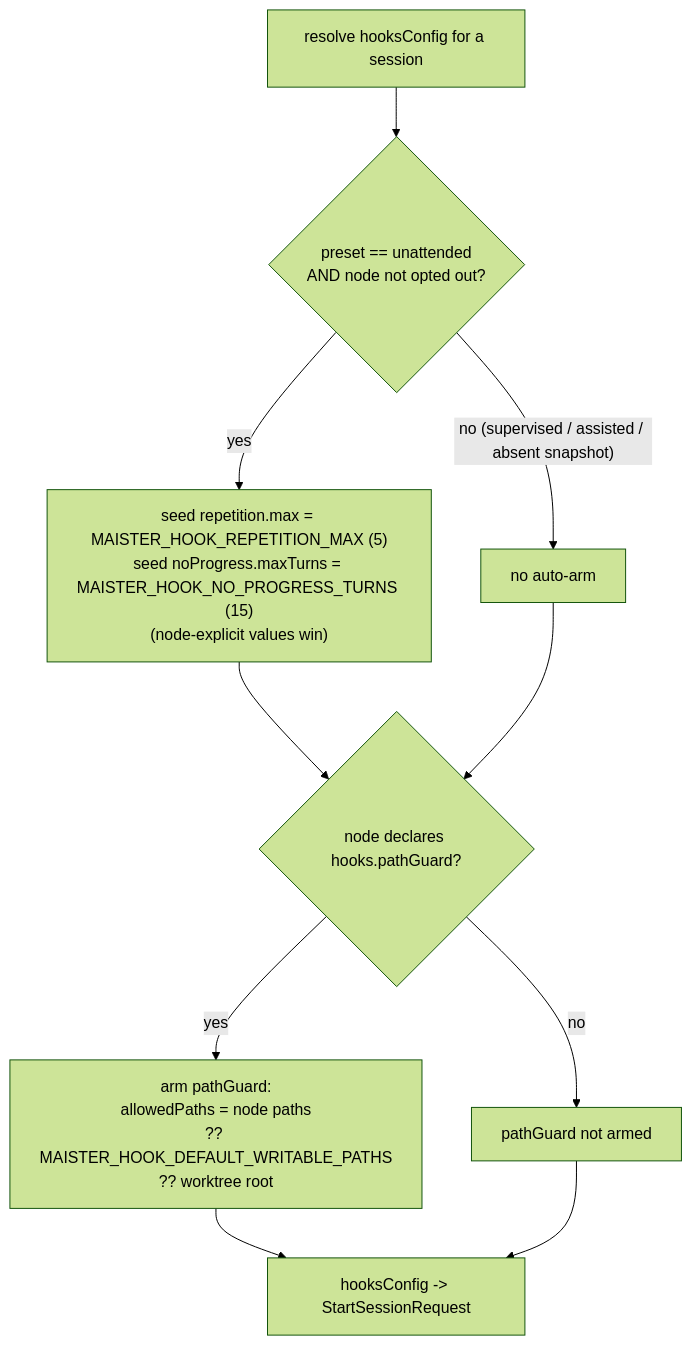
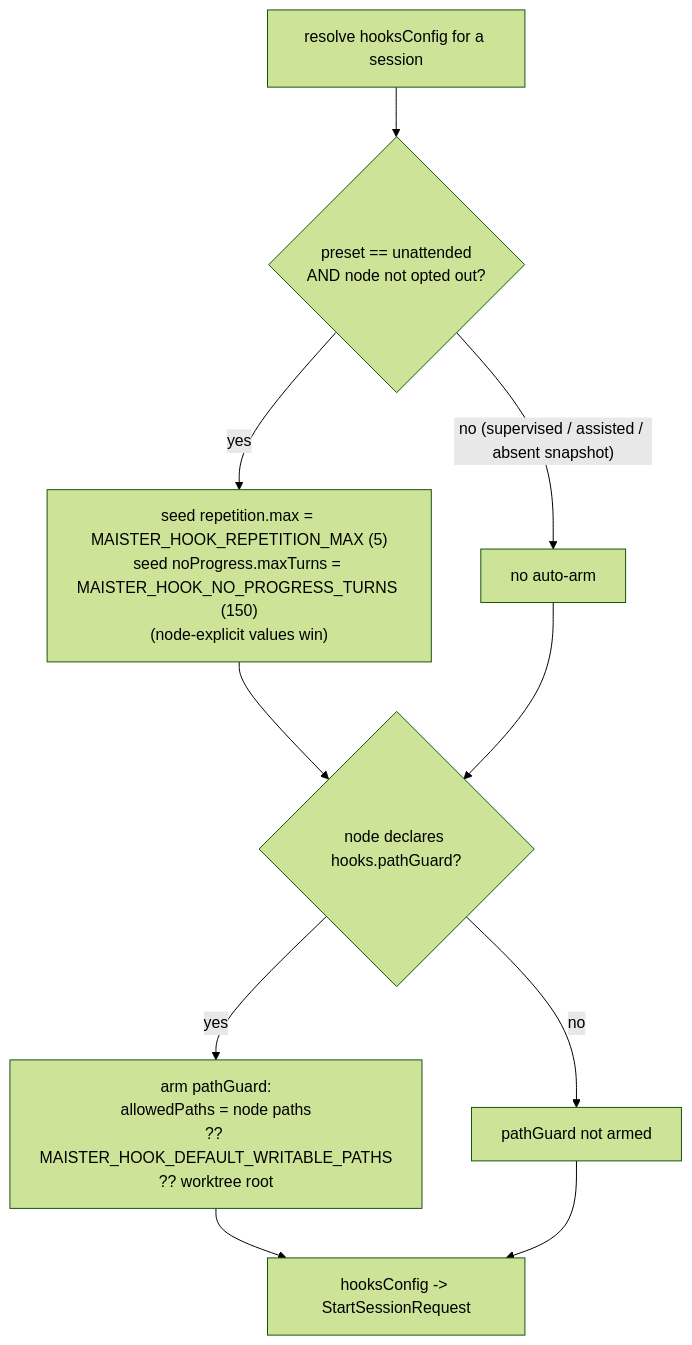
Before and after one commit to maister-dev/maister: the first of 5 diagrams in docs/system-analytics/guardrail-hooks.md, drawn with Mermaid (forest theme). The commit also changed other lines of this file and 44 other files, not shown here.

````diff
--- a/docs/system-analytics/guardrail-hooks.md
+++ b/docs/system-analytics/guardrail-hooks.md
@@ -219,12 +219,12 @@
 ```mermaid
 flowchart TD
   A["resolve hooksConfig for a session"] --> B{"preset == unattended<br/>AND node not opted out?"}
-  B -- "yes" --> C["seed repetition.max = MAISTER_HOOK_REPETITION_MAX (5)<br/>seed noProgress.maxTurns = MAISTER_HOOK_NO_PROGRESS_TURNS (15)<br/>(node-explicit values win)"]
+  B -- "yes" --> C["seed repetition.max = MAISTER_HOOK_REPETITION_MAX (5)<br/>seed noProgress.maxTurns = MAISTER_HOOK_NO_PROGRESS_TURNS (150)<br/>(node-explicit values win)"]
   B -- "no (supervised / assisted / absent snapshot)" --> D["no auto-arm"]
   C --> E{"node declares hooks.pathGuard?"}
   D --> E
   E -- "yes" --> F["arm pathGuard:<br/>allowedPaths = node paths<br/>?? MAISTER_HOOK_DEFAULT_WRITABLE_PATHS<br/>?? worktree root"]
   E -- "no" --> G["pathGuard not armed"]
   F --> H["hooksConfig -> StartSessionRequest"]
   G --> H
 ```
````
